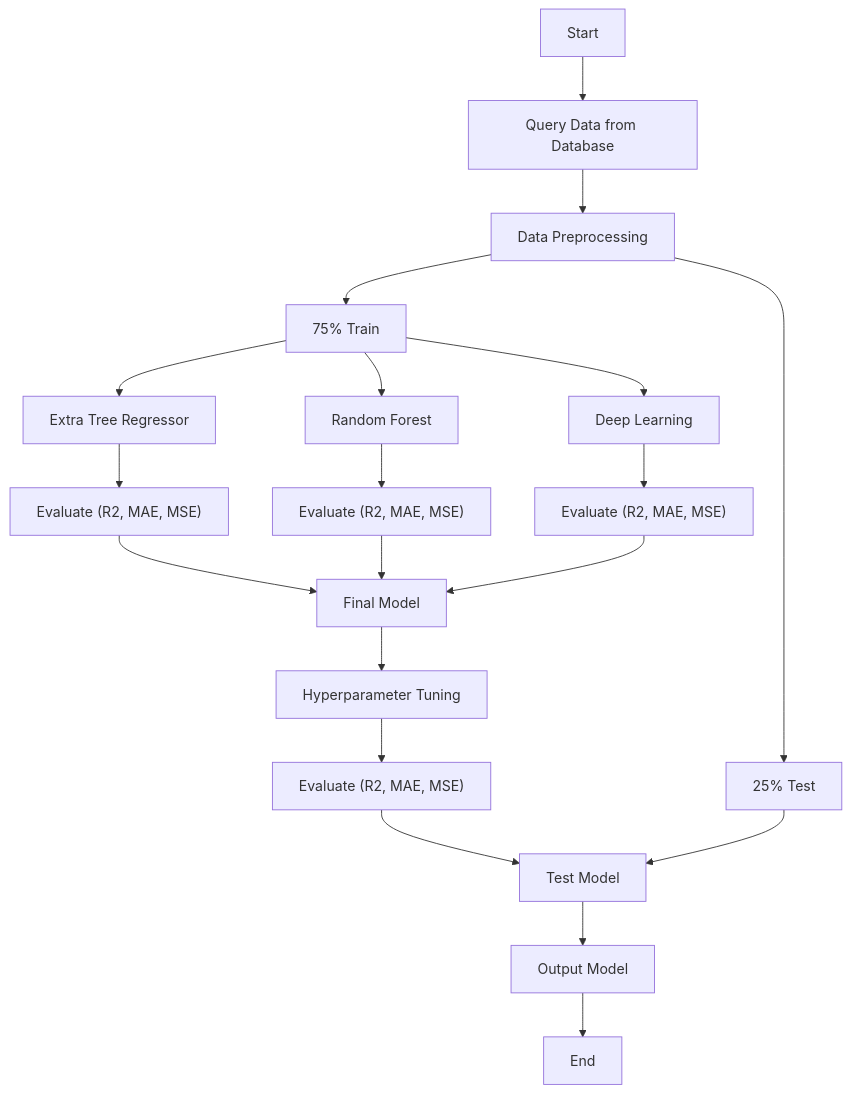
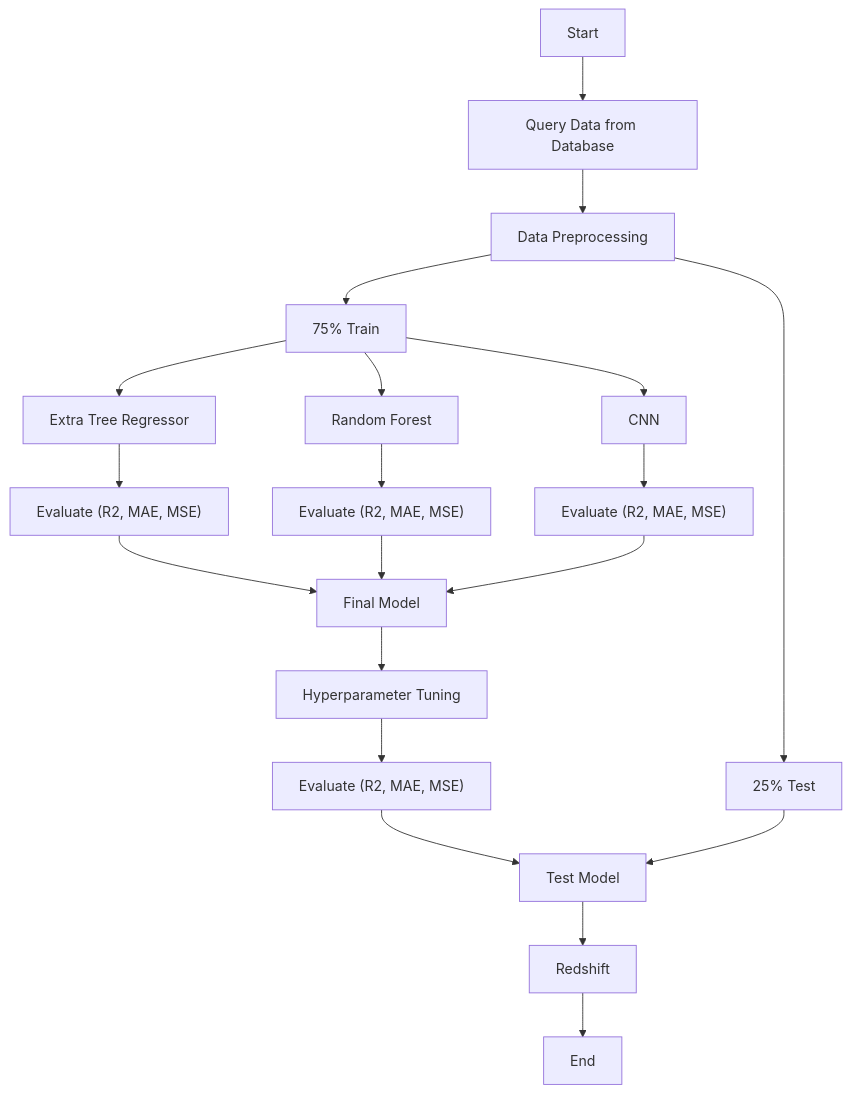
One commit to Aldiansyah-ar/PhotometryRedshiftRegression changed the diagram in README.md. Above: the diagram before and after it, drawn with Mermaid. The commit also changed other lines of this file, not shown here.

````diff
--- a/README.md
+++ b/README.md
@@ -9,27 +17,27 @@
 ```mermaid
 graph TD;
     A[Start] --> B[Query Data from Database]
     B --> C[Data Preprocessing]
     C --> D[75% Train]
     C --> E[25% Test]
 
     D --> F1[Extra Tree Regressor]
     D --> F2[Random Forest]
-    D --> F3[Deep Learning]
+    D --> F3[CNN]
 
     F1 --> G1["Evaluate (R2, MAE, MSE)"]
     F2 --> G2["Evaluate (R2, MAE, MSE)"]
     F3 --> G3["Evaluate (R2, MAE, MSE)"]
 
     G1 --> H[Final Model]
     G2 --> H
     G3 --> H
 
     H --> I["Hyperparameter Tuning"]
     I --> J["Evaluate (R2, MAE, MSE)"]
     J --> K[Test Model]
     E --> K
 
-    K --> L[Output Model]
+    K --> L[Redshift]
     L --> M[End]
 ```
````
